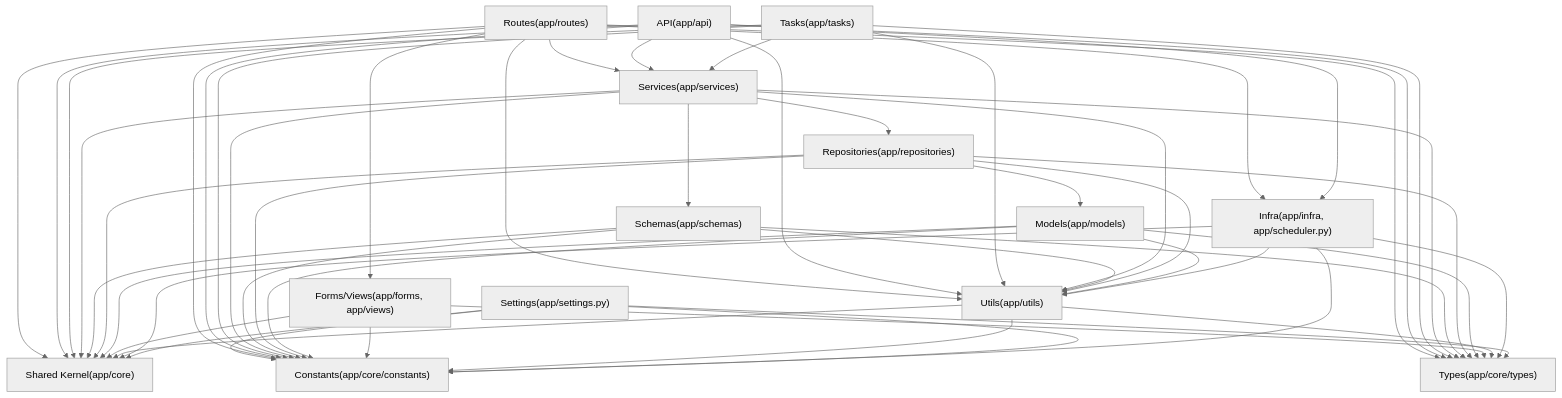
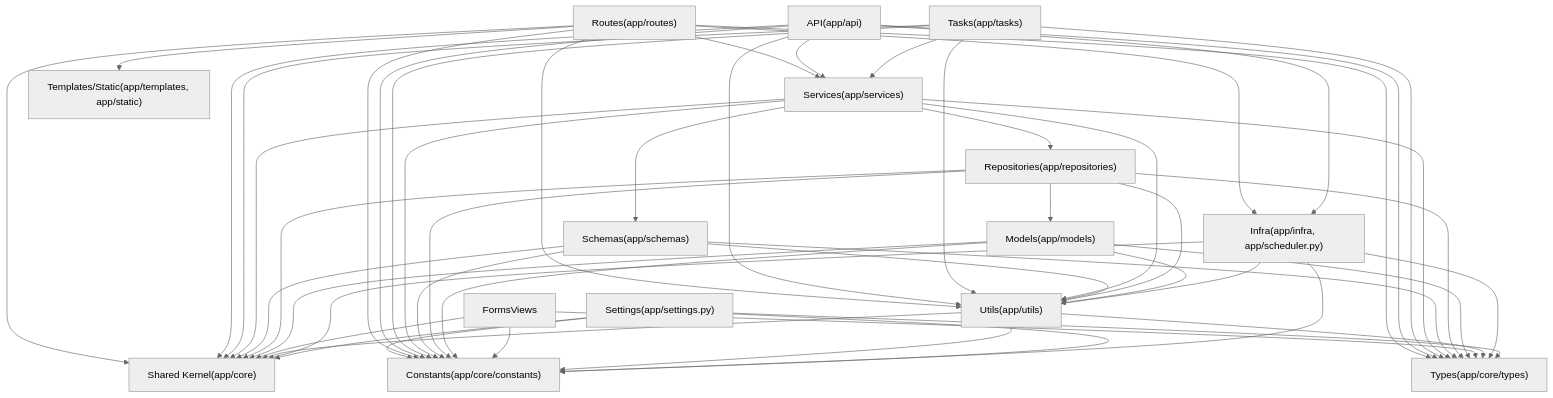
One commit to nyealovey/WhaleFall changed the diagram in docs/Obsidian/standards/backend/guide/layer/README.md. Above: the diagram before and after it, drawn with Mermaid (neutral theme). The commit also changed 46 other files, not shown here.

````diff
--- a/docs/Obsidian/standards/backend/guide/layer/README.md
+++ b/docs/Obsidian/standards/backend/guide/layer/README.md
@@ -26,30 +26,30 @@
 ```mermaid
 graph TD
   Routes["Routes(app/routes)"]
   API["API(app/api)"]
-  Tasks["Tasks(app/tasks)"]
-  Services["Services(app/services)"]
-  Schemas["Schemas(app/schemas)"]
-  Repositories["Repositories(app/repositories)"]
-  Models["Models(app/models)"]
-  FormsViews["Forms/Views(app/forms, app/views)"]
-  Infra["Infra(app/infra, app/scheduler.py)"]
-  Utils["Utils(app/utils)"]
-  Settings["Settings(app/settings.py)"]
-  SharedKernel["Shared Kernel(app/core)"]
+	  Tasks["Tasks(app/tasks)"]
+	  Services["Services(app/services)"]
+	  Schemas["Schemas(app/schemas)"]
+	  Repositories["Repositories(app/repositories)"]
+	  Models["Models(app/models)"]
+	  TemplatesStatic["Templates/Static(app/templates, app/static)"]
+	  Infra["Infra(app/infra, app/scheduler.py)"]
+	  Utils["Utils(app/utils)"]
+	  Settings["Settings(app/settings.py)"]
+	  SharedKernel["Shared Kernel(app/core)"]
   Constants["Constants(app/core/constants)"]
   Types["Types(app/core/types)"]
 
-  Routes --> Services & FormsViews & Utils & Infra
+	  Routes --> Services & TemplatesStatic & Utils & Infra
   API --> Services & Utils & Infra
   Tasks --> Services & Utils
   Services --> Repositories & Utils & Schemas
   Schemas --> Utils
   Repositories --> Models & Utils
   Models --> Utils
   Infra --> Utils
   Settings --> Constants
   Routes & API & Tasks & Services & Schemas & Repositories & Models & FormsViews & Utils & Infra & Settings --> SharedKernel
   Routes & API & Tasks & Services & Schemas & Repositories & Models & FormsViews & Utils & Infra & Settings --> Constants
   Routes & API & Tasks & Services & Schemas & Repositories & Models & FormsViews & Utils & Infra & Settings --> Types
 ```
````
